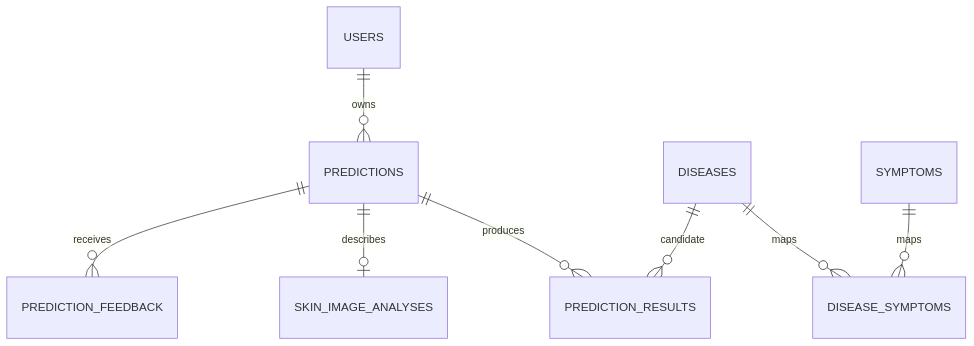
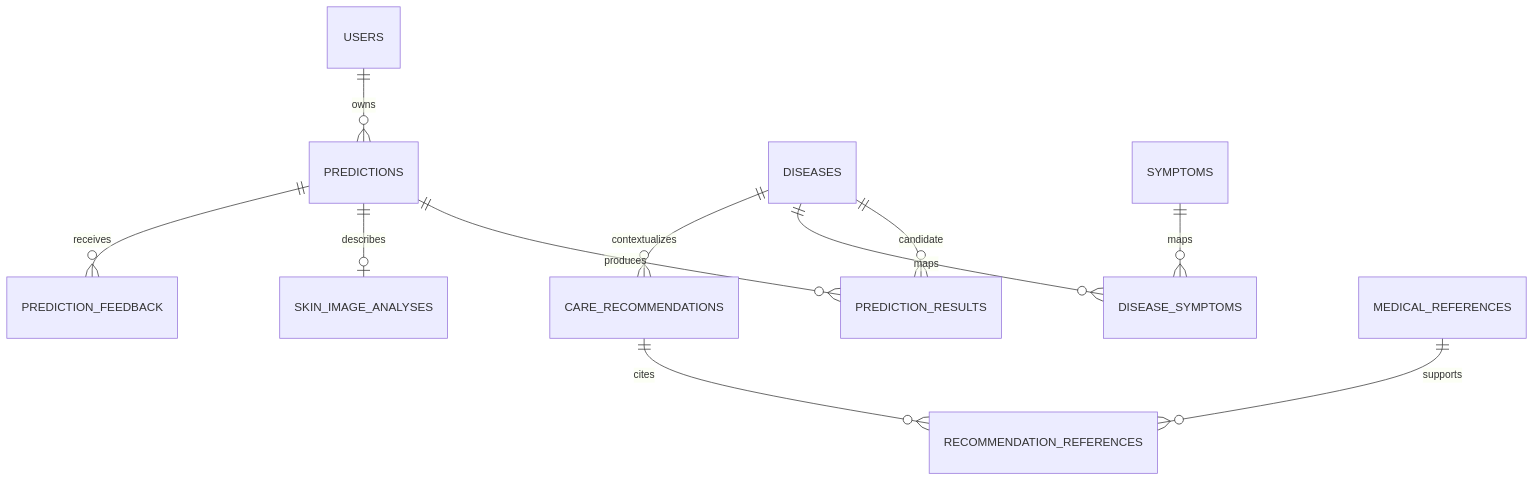
Before and after one commit to Sairajgupta123/Medpredict: the diagram in docs/architecture/database-schema.md, drawn with Mermaid. The commit also changed other lines of this file, not shown here.

Commit message:
docs(architecture): document reviewed medical knowledge schema and provenance

````diff
--- a/docs/architecture/database-schema.md
+++ b/docs/architecture/database-schema.md
@@ -21,10 +21,13 @@
 ```mermaid
 erDiagram
     USERS ||--o{ PREDICTIONS : owns
     PREDICTIONS ||--o{ PREDICTION_RESULTS : produces
     DISEASES ||--o{ PREDICTION_RESULTS : candidate
     PREDICTIONS ||--o| SKIN_IMAGE_ANALYSES : describes
     PREDICTIONS ||--o{ PREDICTION_FEEDBACK : receives
     DISEASES ||--o{ DISEASE_SYMPTOMS : maps
     SYMPTOMS ||--o{ DISEASE_SYMPTOMS : maps
+    DISEASES ||--o{ CARE_RECOMMENDATIONS : contextualizes
+    CARE_RECOMMENDATIONS ||--o{ RECOMMENDATION_REFERENCES : cites
+    MEDICAL_REFERENCES ||--o{ RECOMMENDATION_REFERENCES : supports
 ```
````
